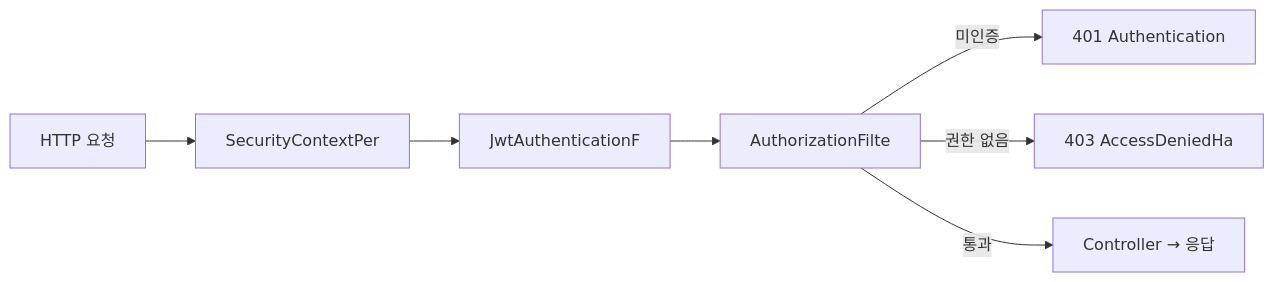
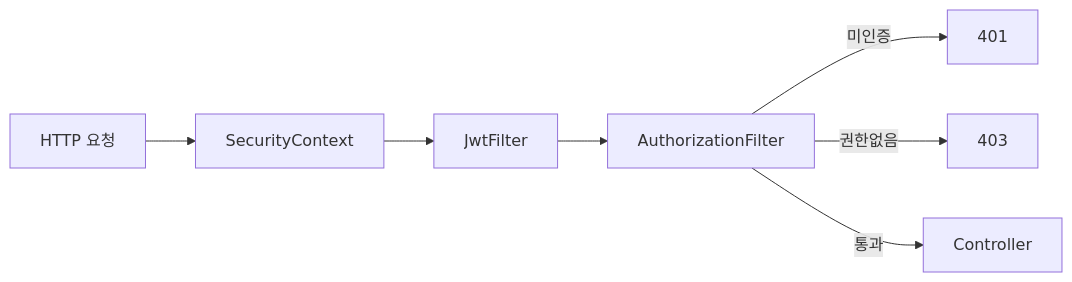
One commit to yjkim2015/yjkim2015.github.io changed the seventh of 7 diagrams in _posts/spring/2026-05-02-spring-security-deep.md. Above: the diagram before and after it, drawn with Mermaid. The commit also changed other lines of this file and 84 other files, not shown here.

First line of the commit message:
85개 포스트 Mermaid 다이어그램 규칙 일괄 수정

````diff
--- a/_posts/spring/2026-05-02-spring-security-deep.md
+++ b/_posts/spring/2026-05-02-spring-security-deep.md
@@ -654,9 +654,9 @@
 ```mermaid
-flowchart LR
-    A["HTTP 요청"] --> B["SecurityContextPer"]
-    B --> C["JwtAuthenticationF"]
-    C --> D["AuthorizationFilte"]
-    D -->|"미인증"| E["401 Authentication"]
-    D -->|"권한 없음"| F["403 AccessDeniedHa"]
-    D -->|"통과"| G["Controller → 응답"]
+graph LR
+    A["HTTP 요청"] --> B["SecurityContext"]
+    B --> C["JwtFilter"]
+    C --> D["AuthorizationFilter"]
+    D -->|"미인증"| E["401"]
+    D -->|"권한없음"| F["403"]
+    D -->|"통과"| G["Controller"]
 ```
````
